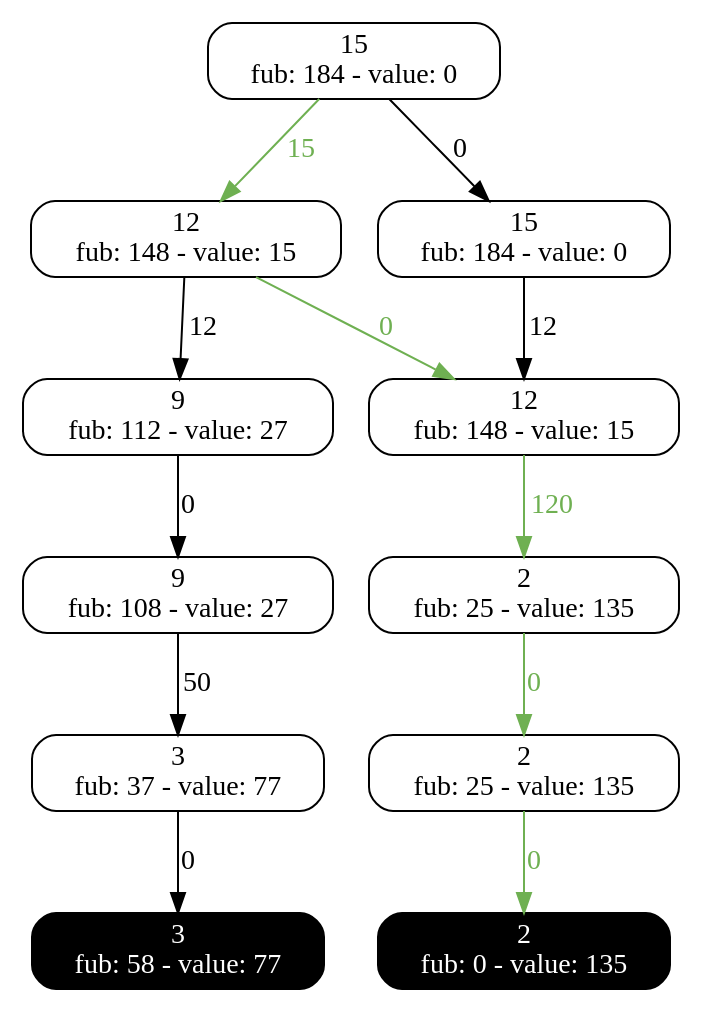
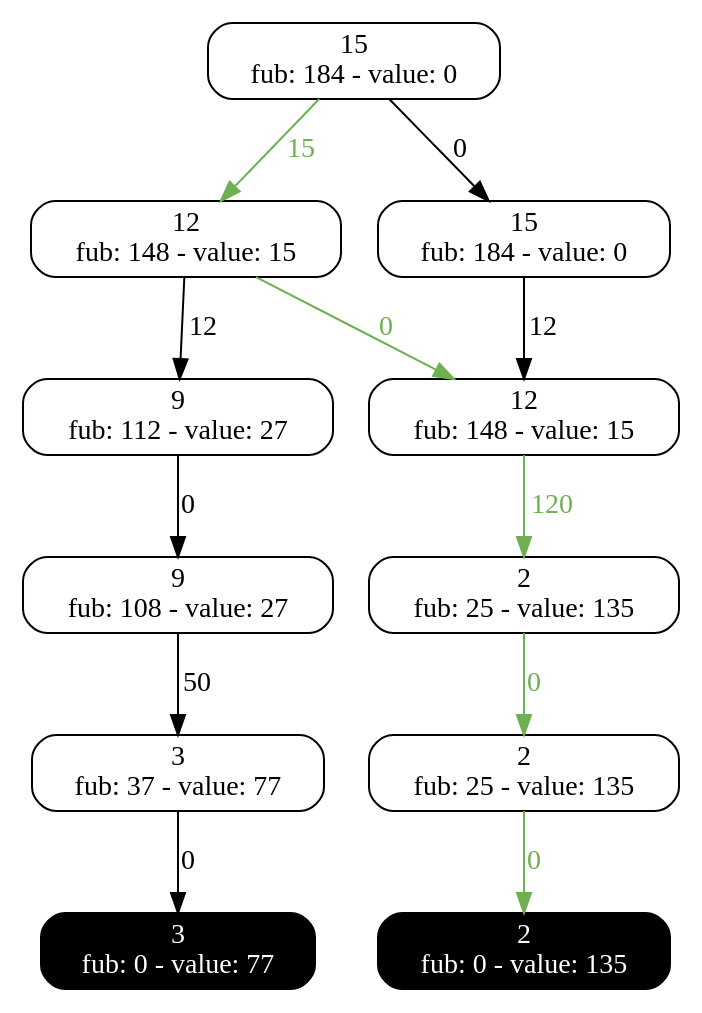
Before and after one commit to DDOLIB-CETIC-UCL/DDOLib: the diagram in output/KS_restricted.dot, drawn with Graphviz. The commit also changed 5 other files, not shown here.

```diff
--- a/output/KS_restricted.dot
+++ b/output/KS_restricted.dot
@@ -1,35 +1,35 @@
 digraph restricted{
 0 [label="15
 fub: 184 - value: 0", style=rounded, shape=rectangle, tooltip="Exact node"];
 1 [label="12
 fub: 148 - value: 15", style=rounded, shape=rectangle, tooltip="Exact node"];
 2 [label="15
 fub: 184 - value: 0", style=rounded, shape=rectangle, tooltip="Exact node"];
 3 [label="9
 fub: 112 - value: 27", style=rounded, shape=rectangle, tooltip="Exact node"];
 4 [label="12
 fub: 148 - value: 15", style=rounded, shape=rectangle, tooltip="Exact node"];
 7 [label="2
 fub: 25 - value: 135", style=rounded, shape=rectangle, tooltip="Exact node"];
 6 [label="9
 fub: 108 - value: 27", style=rounded, shape=rectangle, tooltip="Exact node"];
 9 [label="2
 fub: 25 - value: 135", style=rounded, shape=rectangle, tooltip="Exact node"];
 10 [label="3
 fub: 37 - value: 77", style=rounded, shape=rectangle, tooltip="Exact node"];
 12 [label="2
 fub: 0 - value: 135", style=rounded, shape=rectangle, tooltip="Exact node", style="filled, rounded", shape=rectangle, color=black, fontcolor=white, tooltip="Terminal node"];
 13 [label="3
-fub: 58 - value: 77", style=rounded, shape=rectangle, tooltip="Exact node", style="filled, rounded", shape=rectangle, color=black, fontcolor=white, tooltip="Terminal node"];
+fub: 0 - value: 77", style=rounded, shape=rectangle, tooltip="Exact node", style="filled, rounded", shape=rectangle, color=black, fontcolor=white, tooltip="Terminal node"];
+7 -> 9 [label=0, tooltip="Decision: assign 0 to var 3", color="#6fb052", fontcolor="#6fb052"];
+0 -> 1 [label=15, tooltip="Decision: assign 1 to var 0", color="#6fb052", fontcolor="#6fb052"];
+6 -> 10 [label=50, tooltip="Decision: assign 1 to var 3"];
+1 -> 3 [label=12, tooltip="Decision: assign 1 to var 1"];
+10 -> 13 [label=0, tooltip="Decision: assign 0 to var 4"];
+1 -> 4 [label=0, tooltip="Decision: assign 0 to var 1", color="#6fb052", fontcolor="#6fb052"];
+4 -> 7 [label=120, tooltip="Decision: assign 1 to var 2", color="#6fb052", fontcolor="#6fb052"];
 0 -> 2 [label=0, tooltip="Decision: assign 0 to var 0"];
-9 -> 12 [label=0, tooltip="Decision: assign 0 to var 4", color="#6fb052", fontcolor="#6fb052"];
-7 -> 9 [label=0, tooltip="Decision: assign 0 to var 3", color="#6fb052", fontcolor="#6fb052"];
-1 -> 4 [label=0, tooltip="Decision: assign 0 to var 1", color="#6fb052", fontcolor="#6fb052"];
-1 -> 3 [label=12, tooltip="Decision: assign 1 to var 1"];
 2 -> 4 [label=12, tooltip="Decision: assign 1 to var 1"];
 3 -> 6 [label=0, tooltip="Decision: assign 0 to var 2"];
-10 -> 13 [label=0, tooltip="Decision: assign 0 to var 4"];
-0 -> 1 [label=15, tooltip="Decision: assign 1 to var 0", color="#6fb052", fontcolor="#6fb052"];
-6 -> 10 [label=50, tooltip="Decision: assign 1 to var 3"];
-4 -> 7 [label=120, tooltip="Decision: assign 1 to var 2", color="#6fb052", fontcolor="#6fb052"];
+9 -> 12 [label=0, tooltip="Decision: assign 0 to var 4", color="#6fb052", fontcolor="#6fb052"];
 }
```
